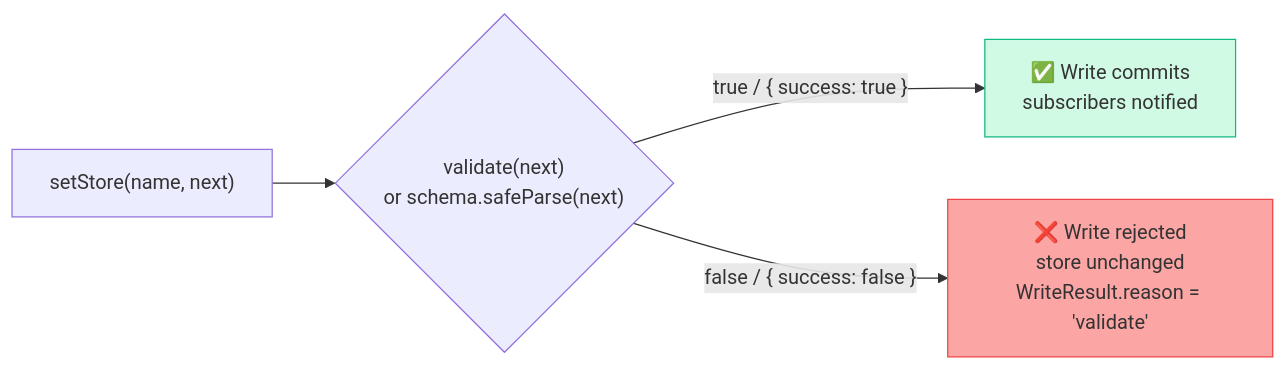
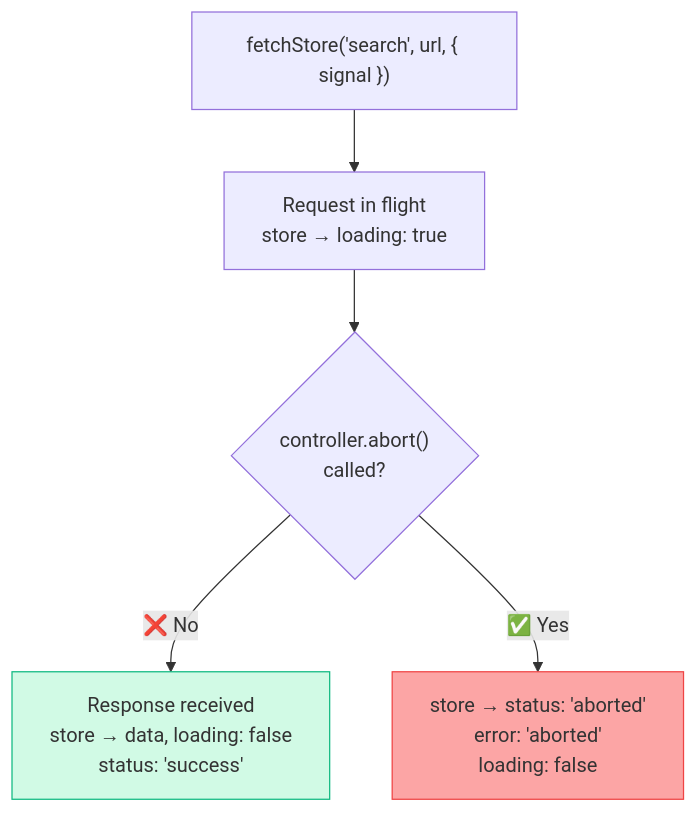
The fourth of 8 diagrams in docs/ASYNC/index.md (Himesh-Bhattarai/stroid), drawn with Mermaid before and after one commit. The commit also changed other lines of this file and 2 other files, not shown here.

Commit message:
status(201): Updating doc and commit message will be same for every doc commit - ignore

````diff
--- a/docs/ASYNC/index.md
+++ b/docs/ASYNC/index.md
@@ -369,14 +350,17 @@
 ```mermaid
-flowchart LR
-    WRITE["setStore(name, next)"]
-    CHECK{"validate(next)\nor schema.safeParse(next)"}
-    ACCEPT["✅ Write commits\nsubscribers notified"]
-    REJECT["❌ Write rejected\nstore unchanged\nWriteResult.reason = 'validate'"]
+flowchart TD
+    FETCH["fetchStore('search', url, { signal })"]
+    IN_FLIGHT["Request in flight\nstore → loading: true"]
+    ABORT_Q{"controller.abort()\ncalled?"}
 
-    WRITE --> CHECK
-    CHECK -- "true / { success: true }" --> ACCEPT
-    CHECK -- "false / { success: false }" --> REJECT
+    COMPLETE["Response received\nstore → data, loading: false\nstatus: 'success'"]
+    ABORTED["store → status: 'aborted'\nerror: 'aborted'\nloading: false"]
 
-    style ACCEPT fill:#d1fae5,stroke:#10b981
-    style REJECT fill:#fca5a5,stroke:#ef4444
+    FETCH --> IN_FLIGHT
+    IN_FLIGHT --> ABORT_Q
+    ABORT_Q -- "❌ No" --> COMPLETE
+    ABORT_Q -- "✅ Yes" --> ABORTED
+
+    style COMPLETE fill:#d1fae5,stroke:#10b981
+    style ABORTED fill:#fca5a5,stroke:#ef4444
 ```
````
